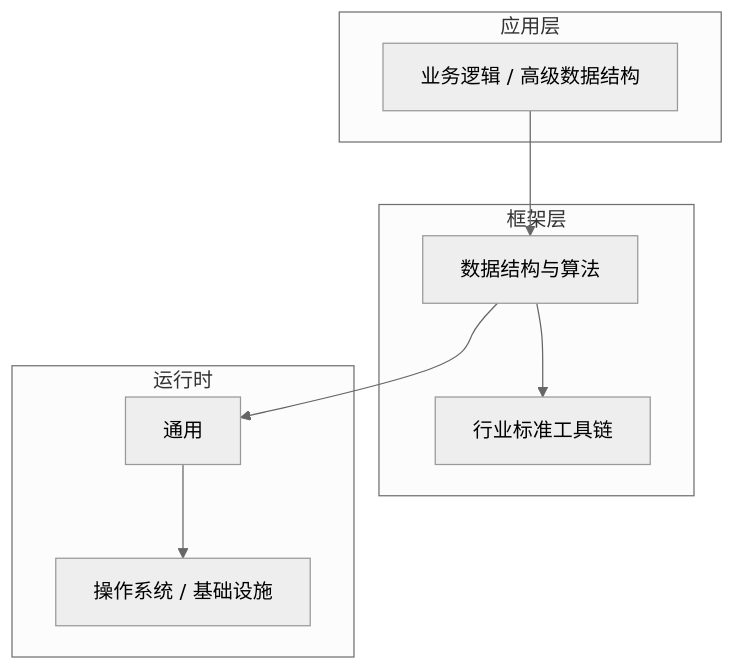
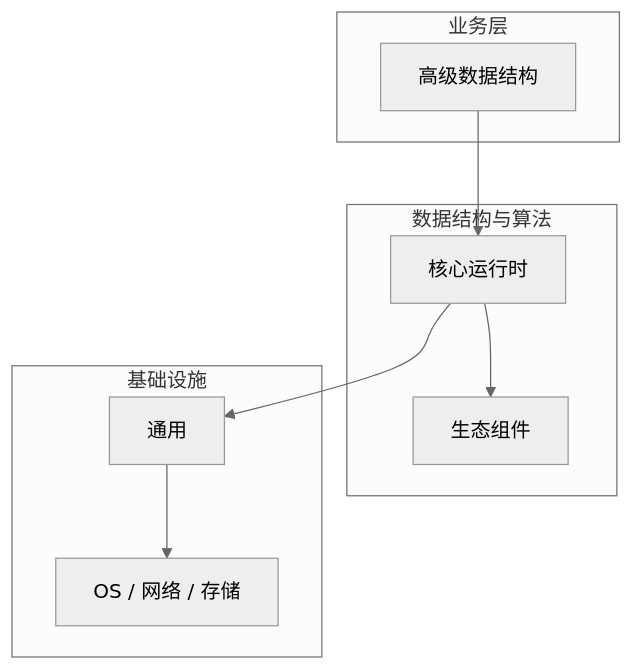
The diagram in articles/数据结构与算法/chapters/177-高级数据结构核心概念与原理.md (yanggan2015/knowledge-json-v2), drawn with Mermaid (neutral theme) before and after one commit. The commit also changed other lines of this file and 10127 other files, not shown here.

````diff
--- a/articles/数据结构与算法/chapters/177-高级数据结构核心概念与原理.md
+++ b/articles/数据结构与算法/chapters/177-高级数据结构核心概念与原理.md
@@ -45,18 +30,18 @@
 ```mermaid
 graph TB
-    subgraph 应用层
-        A[业务逻辑 / 高级数据结构]
+    subgraph 业务层
+        A[高级数据结构]
     end
-    subgraph 框架层
-        B[数据结构与算法]
-        C[行业标准工具链]
+    subgraph 数据结构与算法
+        B[核心运行时]
+        C[生态组件]
     end
-    subgraph 运行时
+    subgraph 基础设施
         D[通用]
-        E[操作系统 / 基础设施]
+        E[OS / 网络 / 存储]
     end
     A --> B
     B --> C
     B --> D
     D --> E
 ```
````
